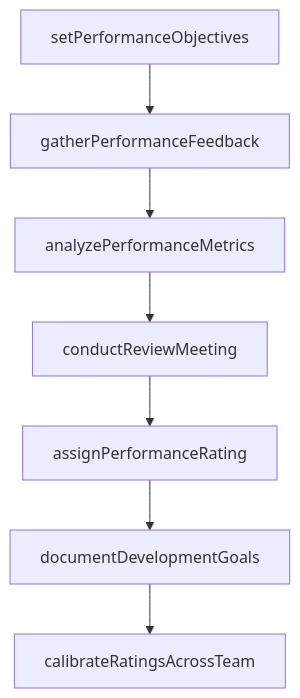
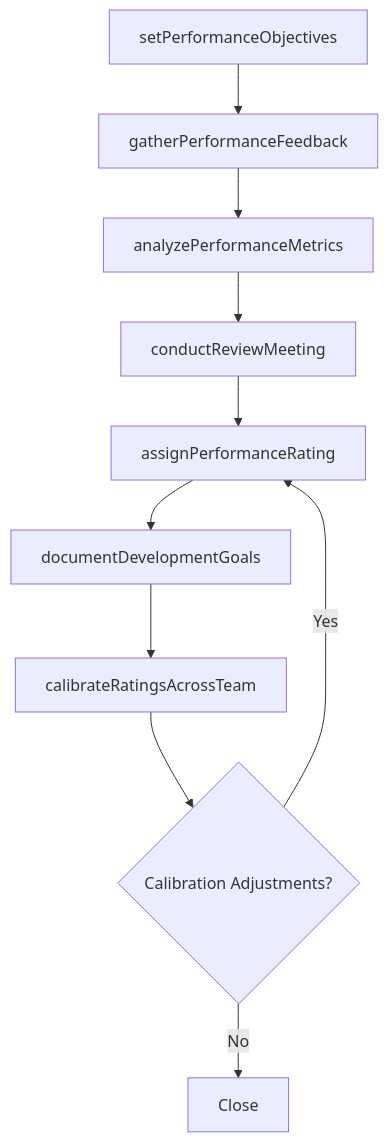
Before and after one commit to dot-org-ai/tasks.org.ai: the third of 4 diagrams in JudgingTheQualitiesOfObjectsServicesOrPeople/EvaluatePersonnelCapabilitiesOrPerformance/EvaluateEmployeePerformance.mdx, drawn with Mermaid. The commit also changed other lines of this file and 71 other files, not shown here.

Commit message:
feat: Add ER diagrams, state diagrams to 72 more DWA task files (wave 2 continued)

````diff
--- a/JudgingTheQualitiesOfObjectsServicesOrPeople/EvaluatePersonnelCapabilitiesOrPerformance/EvaluateEmployeePerformance.mdx
+++ b/JudgingTheQualitiesOfObjectsServicesOrPeople/EvaluatePersonnelCapabilitiesOrPerformance/EvaluateEmployeePerformance.mdx
@@ -87,9 +114,12 @@
 ```mermaid
 graph TD
     A[setPerformanceObjectives] --> B[gatherPerformanceFeedback]
     B --> C[analyzePerformanceMetrics]
     C --> D[conductReviewMeeting]
     D --> E[assignPerformanceRating]
     E --> F[documentDevelopmentGoals]
     F --> G[calibrateRatingsAcrossTeam]
+    G --> H{Calibration Adjustments?}
+    H -->|Yes| E
+    H -->|No| I[Close]
 ```
````
